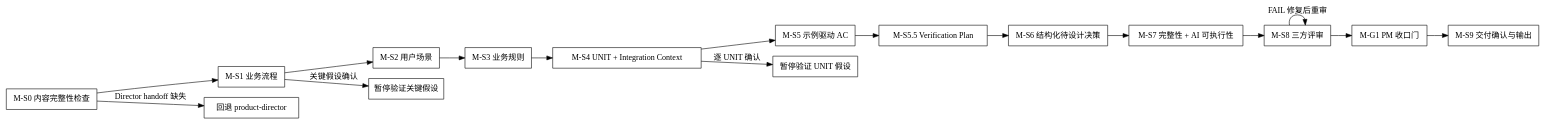
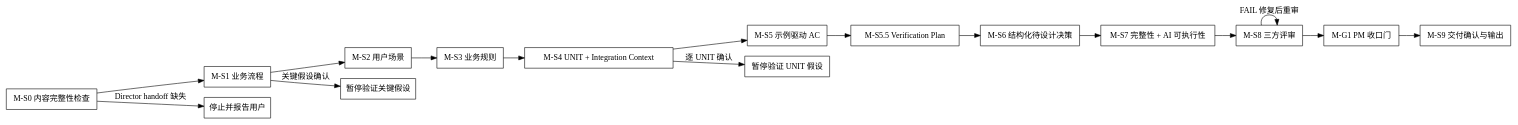
Before and after one commit to jieli-cqwl/org-claude-skills: the diagram in shared/skills/product-manager/SKILL.md, drawn with Graphviz. The commit also changed other lines of this file and 88 other files, not shown here.

````diff
--- a/shared/skills/product-manager/SKILL.md
+++ b/shared/skills/product-manager/SKILL.md
@@ -87,21 +88,21 @@
 ```dot
 digraph product_manager_flow {
   rankdir=LR;
   node [shape=box];
   "M-S0 内容完整性检查" -> "M-S1 业务流程";
   "M-S1 业务流程" -> "M-S2 用户场景";
   "M-S2 用户场景" -> "M-S3 业务规则";
   "M-S3 业务规则" -> "M-S4 UNIT + Integration Context";
   "M-S4 UNIT + Integration Context" -> "M-S5 示例驱动 AC";
   "M-S5 示例驱动 AC" -> "M-S5.5 Verification Plan";
   "M-S5.5 Verification Plan" -> "M-S6 结构化待设计决策";
   "M-S6 结构化待设计决策" -> "M-S7 完整性 + AI 可执行性";
   "M-S7 完整性 + AI 可执行性" -> "M-S8 三方评审";
   "M-S8 三方评审" -> "M-G1 PM 收口门";
   "M-G1 PM 收口门" -> "M-S9 交付确认与输出";
-  "M-S0 内容完整性检查" -> "回退 product-director" [label="Director handoff 缺失"];
+  "M-S0 内容完整性检查" -> "停止并报告用户" [label="Director handoff 缺失"];
   "M-S1 业务流程" -> "暂停验证关键假设" [label="关键假设确认"];
   "M-S4 UNIT + Integration Context" -> "暂停验证 UNIT 假设" [label="逐 UNIT 确认"];
   "M-S8 三方评审" -> "M-S8 三方评审" [label="FAIL 修复后重审"];
 }
 ```
````
